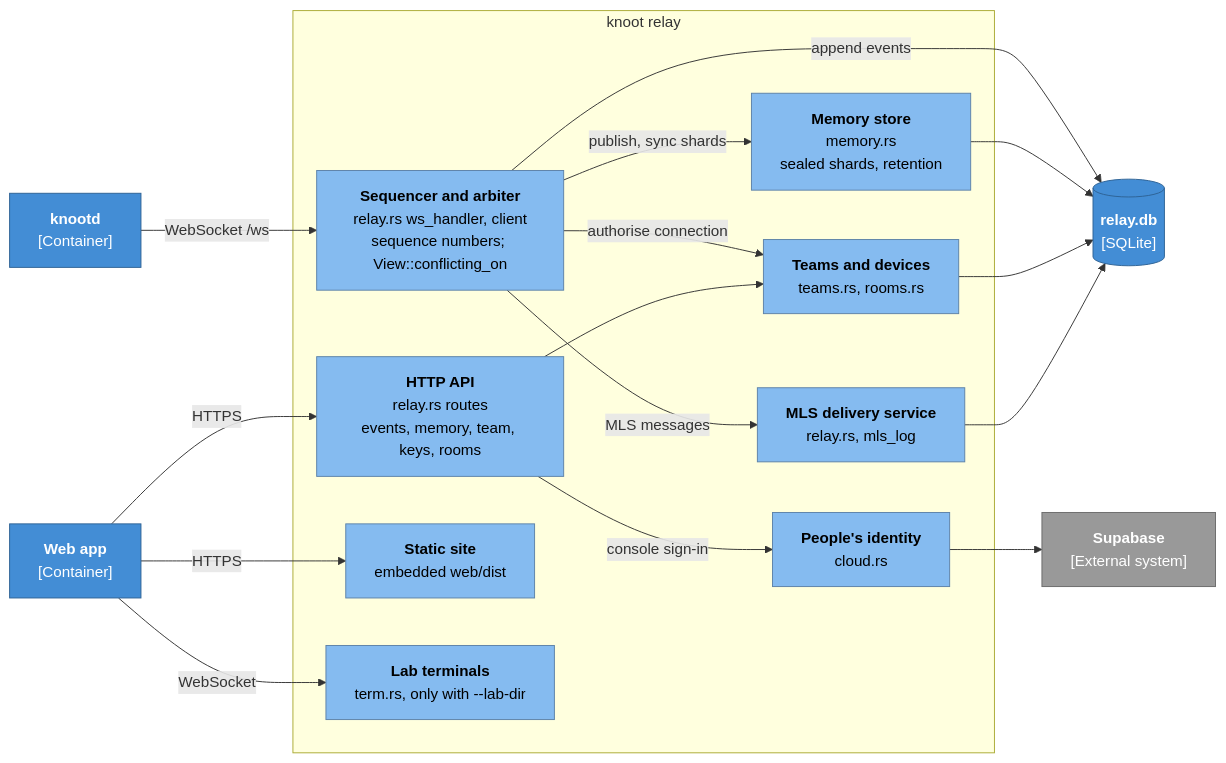
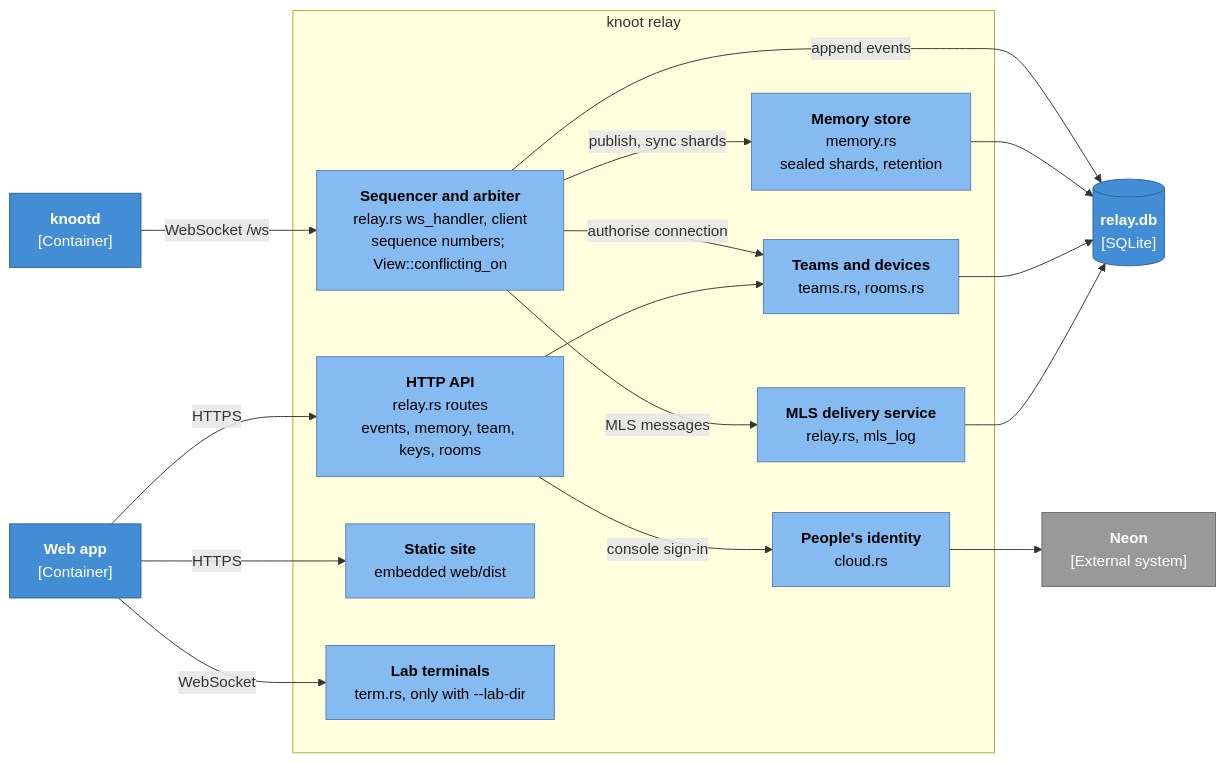
Before and after one commit to Ash20pk/knoot: the fifth of 6 diagrams in README.md, drawn with Mermaid. The commit also changed other lines of this file and 31 other files, not shown here.

First line of the commit message:
identity: people sign in through neon auth and the data api instead of supabase, and the relay holds no database secret

````diff
--- a/README.md
+++ b/README.md
@@ -327,40 +327,40 @@
 ```mermaid
 flowchart LR
   daemon["<b>knootd</b><br/>[Container]"]:::container
   console["<b>Web app</b><br/>[Container]"]:::container
 
   subgraph relayc["knoot relay"]
     ws["<b>Sequencer and arbiter</b><br/>relay.rs ws_handler, client<br/>sequence numbers; View::conflicting_on"]:::component
     api["<b>HTTP API</b><br/>relay.rs routes<br/>events, memory, team, keys, rooms"]:::component
     store["<b>Memory store</b><br/>memory.rs<br/>sealed shards, retention"]:::component
     ds["<b>MLS delivery service</b><br/>relay.rs, mls_log"]:::component
     teams["<b>Teams and devices</b><br/>teams.rs, rooms.rs"]:::component
     cloud["<b>People's identity</b><br/>cloud.rs"]:::component
     static["<b>Static site</b><br/>embedded web/dist"]:::component
     term["<b>Lab terminals</b><br/>term.rs, only with --lab-dir"]:::component
   end
 
   db[("<b>relay.db</b><br/>[SQLite]")]:::db
-  supabase["<b>Supabase</b><br/>[External system]"]:::external
+  neon["<b>Neon</b><br/>[External system]"]:::external
 
   daemon -- "WebSocket /ws" --> ws
   console -- "HTTPS" --> api
   console -- "HTTPS" --> static
   console -- "WebSocket" --> term
   ws -- "authorise connection" --> teams
   ws -- "publish, sync shards" --> store
   ws -- "MLS messages" --> ds
   api --> teams
   api -- "console sign-in" --> cloud
-  cloud --> supabase
+  cloud --> neon
   ws -- "append events" --> db
   store --> db
   teams --> db
   ds --> db
   classDef person fill:#08427b,stroke:#052e56,color:#fff
   classDef system fill:#1168bd,stroke:#0b4884,color:#fff
   classDef container fill:#438dd5,stroke:#2e6295,color:#fff
   classDef component fill:#85bbf0,stroke:#5d82a8,color:#000
   classDef external fill:#999999,stroke:#6b6b6b,color:#fff
   classDef db fill:#438dd5,stroke:#2e6295,color:#fff
 ```
````
